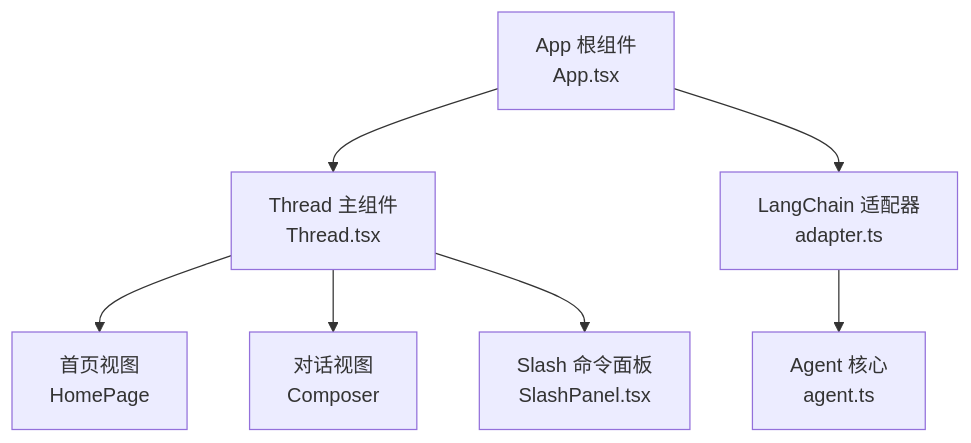
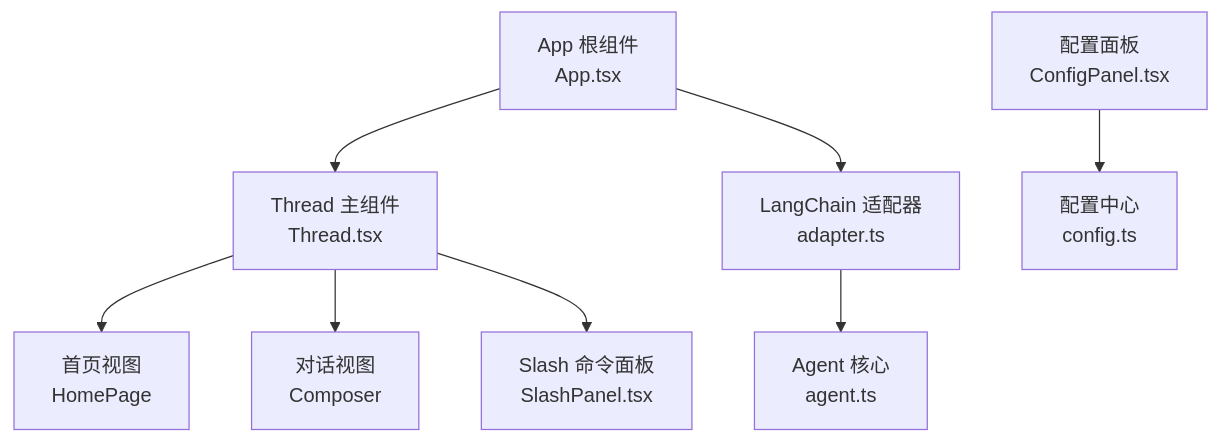
One commit to HAOFUYANG/onion-code changed diagram 11 of 13 in .qoder/repowiki/zh/content/核心架构/核心架构.md. Above: the diagram before and after it, drawn with Mermaid. The commit also changed other lines of this file and 25 other files, not shown here.

````diff
--- a/.qoder/repowiki/zh/content/核心架构/核心架构.md
+++ b/.qoder/repowiki/zh/content/核心架构/核心架构.md
@@ -516,15 +521,17 @@
 ```mermaid
 graph TB
 App["App 根组件<br/>App.tsx"]
 Thread["Thread 主组件<br/>Thread.tsx"]
 HomePage["首页视图<br/>HomePage"]
 Composer["对话视图<br/>Composer"]
 SlashPanel["Slash 命令面板<br/>SlashPanel.tsx"]
+ConfigPanel["配置面板<br/>ConfigPanel.tsx"]
 Adapter["LangChain 适配器<br/>adapter.ts"]
 App --> Thread
 Thread --> HomePage
 Thread --> Composer
 Thread --> SlashPanel
 App --> Adapter
 Adapter --> Agent["Agent 核心<br/>agent.ts"]
+ConfigPanel --> Config["配置中心<br/>config.ts"]
 ```
````
